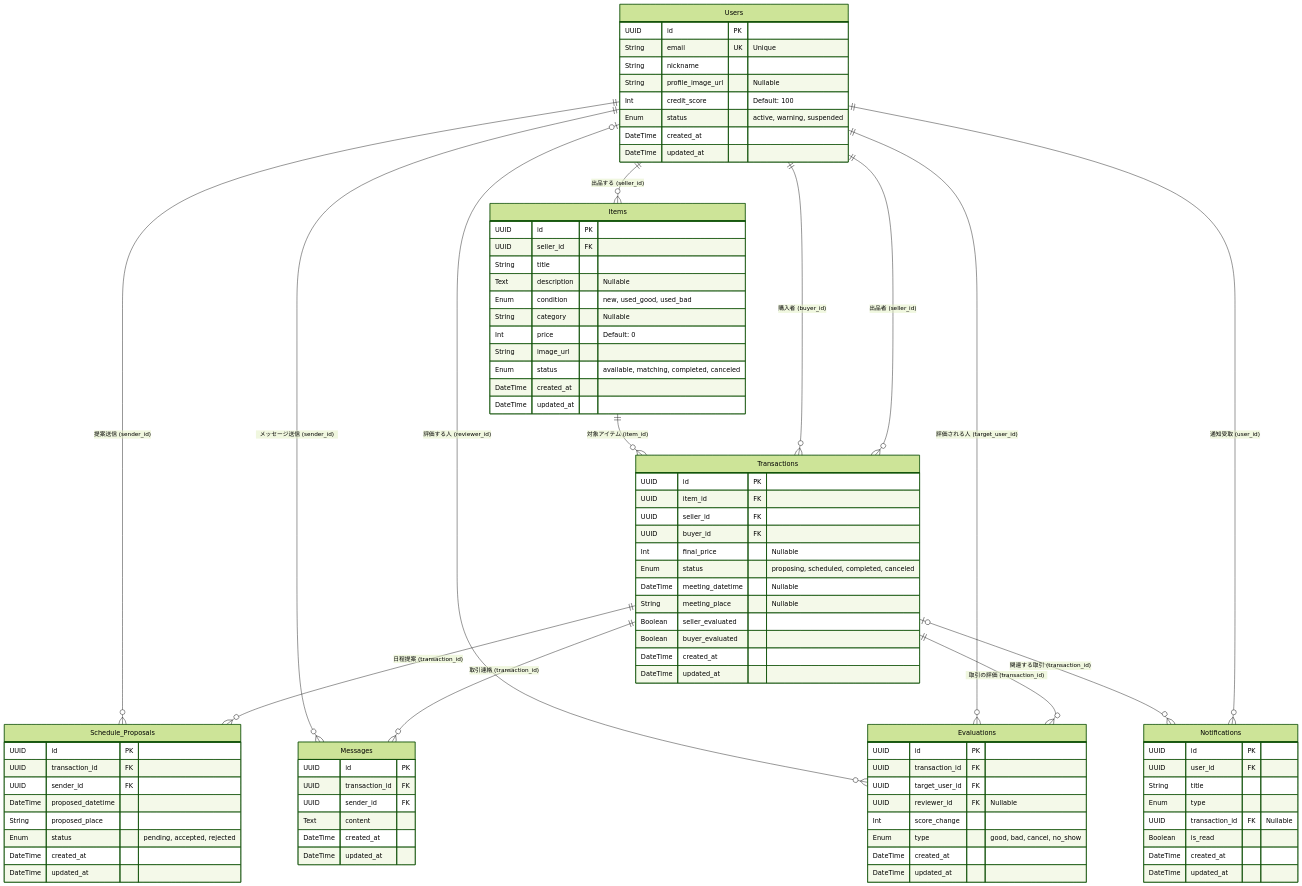
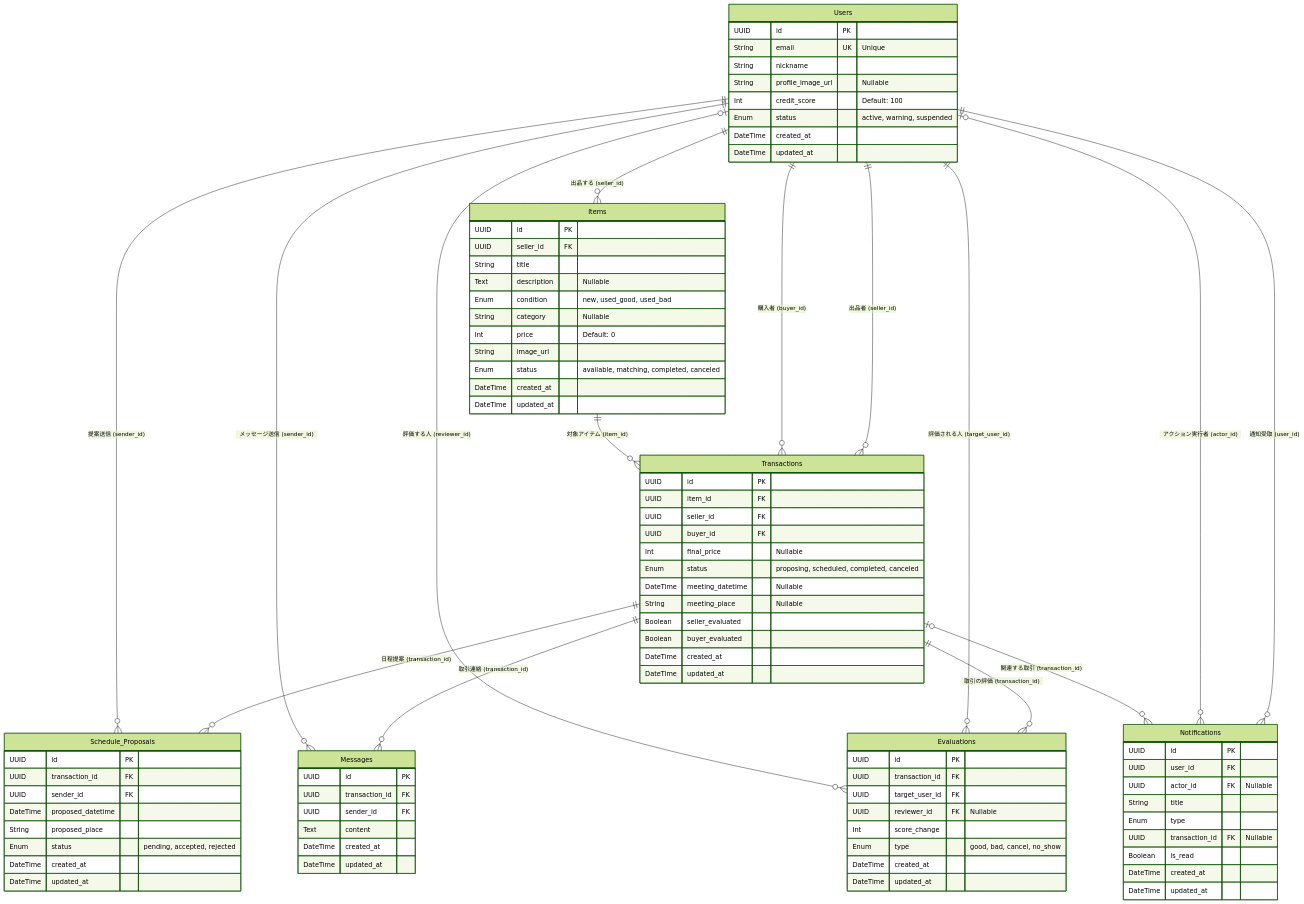
The diagram in marmaid.md (Masuzawa-Haruka/trading-text-servise), drawn with Mermaid (forest theme) before and after one commit. The commit also changed 2 other files, not shown here.

Commit message:
feat: notificationsテーブルにactor_idカラムを追加

````diff
--- a/marmaid.md
+++ b/marmaid.md
@@ -75,6 +75,7 @@
     Notifications {
         UUID id PK
         UUID user_id FK
+        UUID actor_id FK "Nullable"
         String title
         Enum type
         UUID transaction_id FK "Nullable"
@@ -101,5 +102,6 @@
     Users |o--o{ Evaluations : "評価する人 (reviewer_id)"
     
     Users ||--o{ Notifications : "通知受取 (user_id)"
+    Users |o--o{ Notifications : "アクション実行者 (actor_id)"
     Transactions |o--o{ Notifications : "関連する取引 (transaction_id)"
 ```
````
